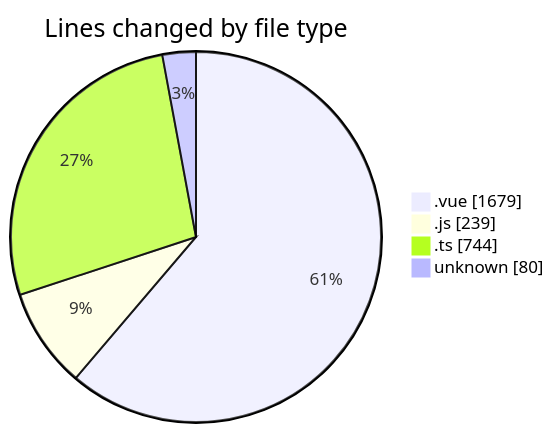
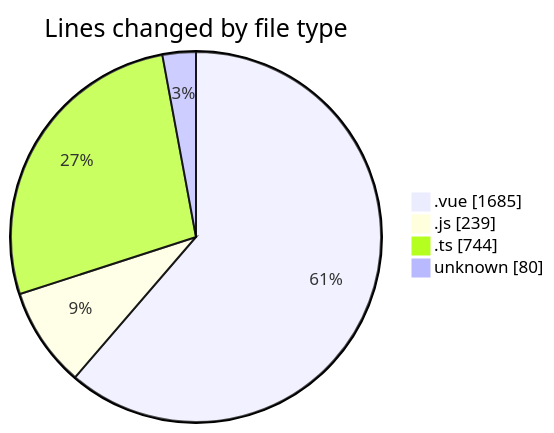
One commit to lephambinh05/code-tracking changed the first of 2 diagrams in 2025-08-11/rentotp/README.md. Above: the diagram before and after it, drawn with Mermaid. The commit also changed other lines of this file and 1 other file, not shown here.

````diff
--- a/2025-08-11/rentotp/README.md
+++ b/2025-08-11/rentotp/README.md
@@ -35,8 +35,8 @@
 ```mermaid
 pie showData
 title Lines changed by file type
-".vue" : 1679
+".vue" : 1685
 ".js" : 239
 ".ts" : 744
 "unknown" : 80
 ```
````
